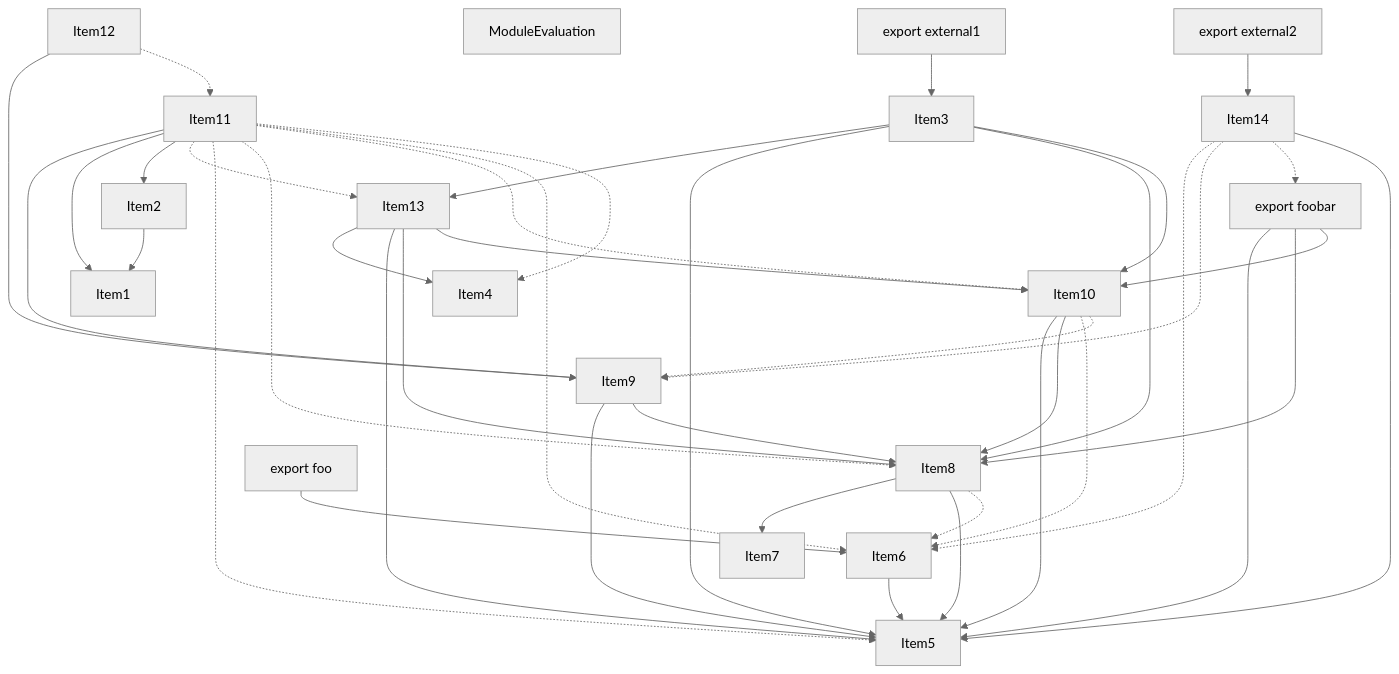
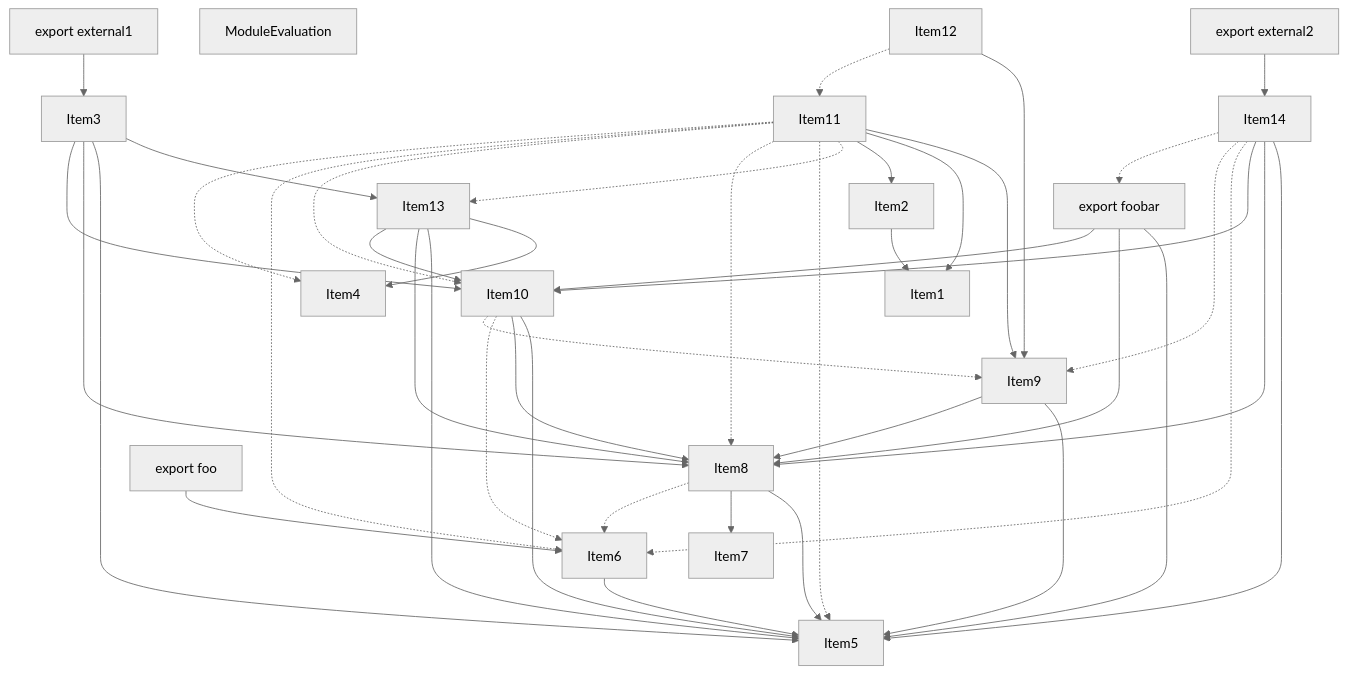
The third of 5 diagrams in crates/turbopack-ecmascript/tests/tree-shaker/analyzer/2/output.md (vercel/turborepo), drawn with Mermaid (neutral theme) before and after one commit. The commit also changed other lines of this file and 3 other files, not shown here.

````diff
--- a/crates/turbopack-ecmascript/tests/tree-shaker/analyzer/2/output.md
+++ b/crates/turbopack-ecmascript/tests/tree-shaker/analyzer/2/output.md
@@ -245,67 +246,69 @@
 ```mermaid
 graph TD
     Item3;
     Item1;
     Item4;
     Item5;
     Item6;
     Item7;
     Item8;
     Item9;
     Item10;
     Item11;
     Item12;
     Item13;
     Item14;
     Item2;
     Item15;
     Item15["ModuleEvaluation"];
     Item16;
     Item16["export external1"];
     Item17;
     Item17["export foobar"];
     Item18;
     Item18["export foo"];
     Item19;
     Item19["export external2"];
     Item2 --> Item1;
     Item6 --> Item5;
+    Item8 --> Item5;
     Item8 --> Item7;
-    Item8 --> Item5;
     Item8 -.-> Item6;
     Item9 --> Item5;
     Item9 --> Item8;
     Item10 --> Item5;
     Item10 --> Item8;
     Item10 -.-> Item6;
     Item10 -.-> Item9;
     Item11 --> Item9;
     Item11 --> Item1;
     Item11 --> Item2;
     Item11 -.-> Item13;
     Item11 -.-> Item5;
     Item11 -.-> Item8;
     Item11 -.-> Item10;
     Item11 -.-> Item6;
     Item11 -.-> Item4;
     Item12 --> Item9;
     Item12 -.-> Item11;
     Item16 --> Item3;
     Item17 --> Item5;
     Item17 --> Item8;
     Item17 --> Item10;
     Item18 --> Item6;
     Item19 --> Item14;
     Item3 --> Item13;
     Item3 --> Item5;
     Item3 --> Item8;
     Item3 --> Item10;
     Item13 --> Item4;
     Item13 --> Item5;
     Item13 --> Item8;
     Item13 --> Item10;
+    Item14 --> Item5;
+    Item14 --> Item8;
+    Item14 --> Item10;
     Item14 -.-> Item6;
     Item14 -.-> Item9;
     Item14 -.-> Item17;
-    Item14 --> Item5;
 ```
````
